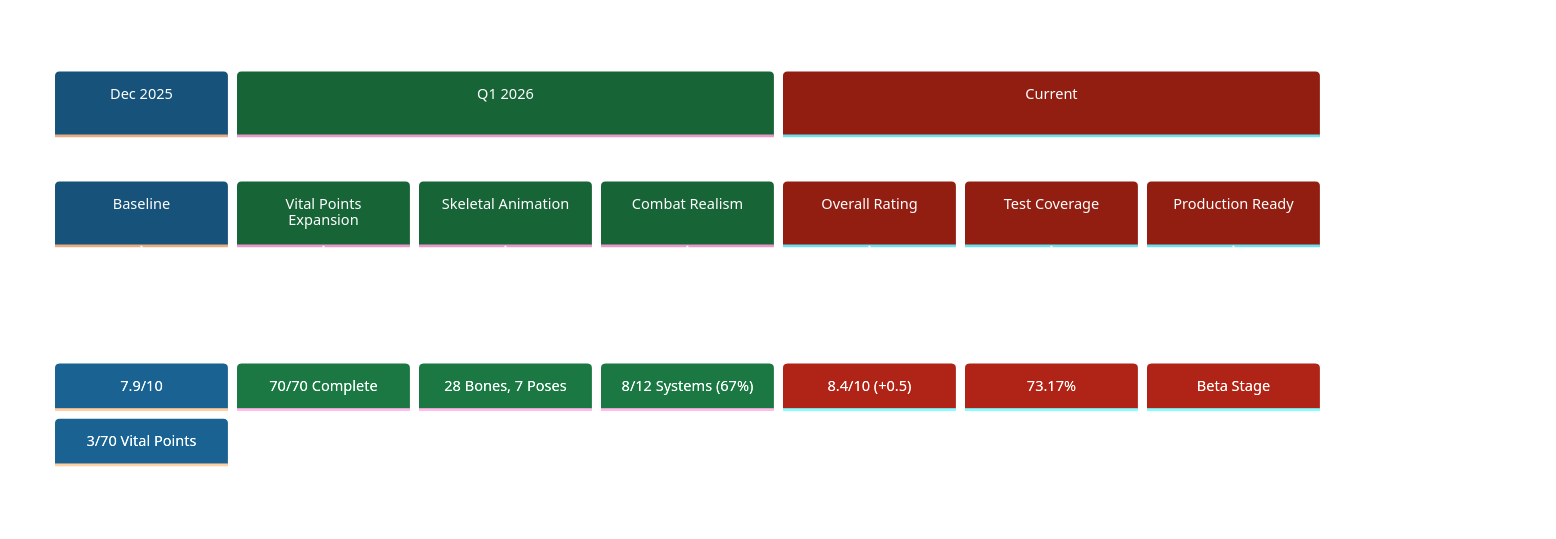
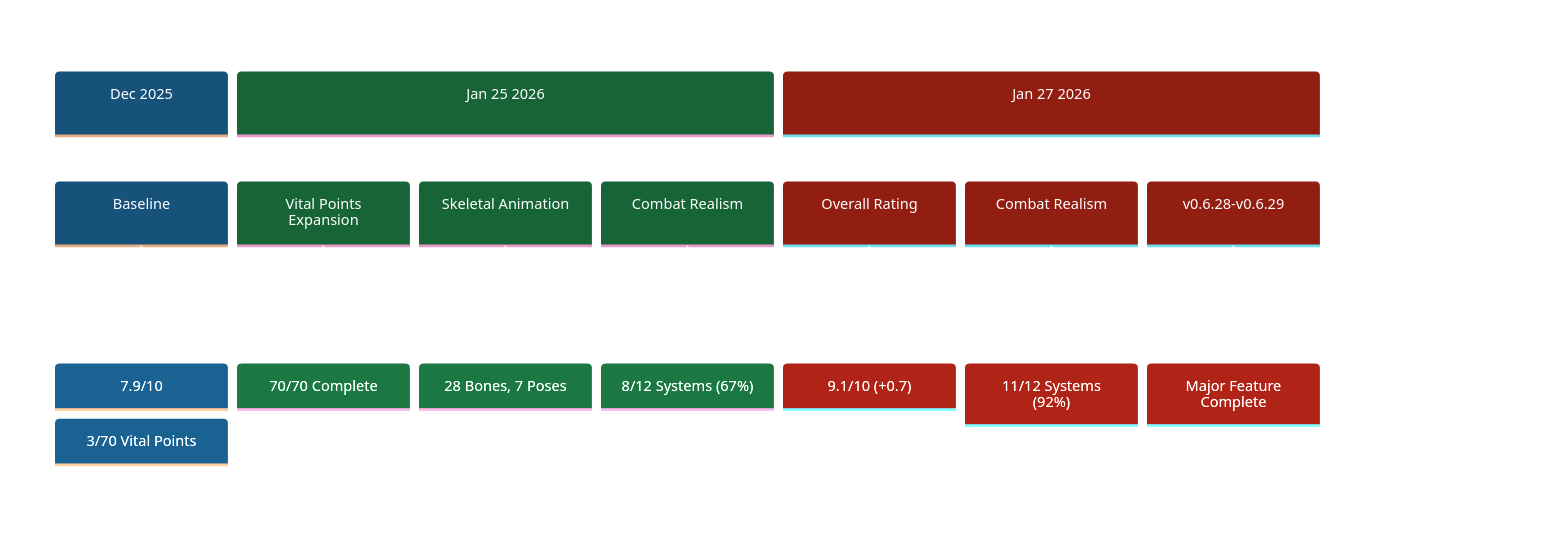
One commit to Hack23/blacktrigram changed the second of 5 diagrams in game-status.md. Above: the diagram before and after it, drawn with Mermaid. The commit also changed other lines of this file, not shown here.

Commit message:
Update game-status.md with v0.6.28-v0.6.29 achievements: 11/12 combat systems complete (92%), mobile 55fps+, 51 techniques

````diff
--- a/game-status.md
+++ b/game-status.md
@@ -75,15 +75,15 @@
 ```mermaid
 %%{init: {'theme':'base', 'themeVariables': { 'primaryColor':'#3498db', 'primaryTextColor':'#fff', 'primaryBorderColor':'#2980b9', 'lineColor':'#95a5a6', 'secondaryColor':'#2ecc71', 'tertiaryColor':'#e74c3c'}}}%%
 timeline
     title Black Trigram Q1 2026 Progress
     section Dec 2025
         Baseline : 7.9/10 : 3/70 Vital Points
-    section Q1 2026 
+    section Jan 25 2026 
         Vital Points Expansion : 70/70 Complete
         Skeletal Animation : 28 Bones, 7 Poses
         Combat Realism : 8/12 Systems (67%)
-    section Current
-        Overall Rating : 8.4/10 (+0.5)
-        Test Coverage : 73.17%
-        Production Ready : Beta Stage
+    section Jan 27 2026
+        Overall Rating : 9.1/10 (+0.7)
+        Combat Realism : 11/12 Systems (92%)
+        v0.6.28-v0.6.29 : Major Feature Complete
 ```
````
